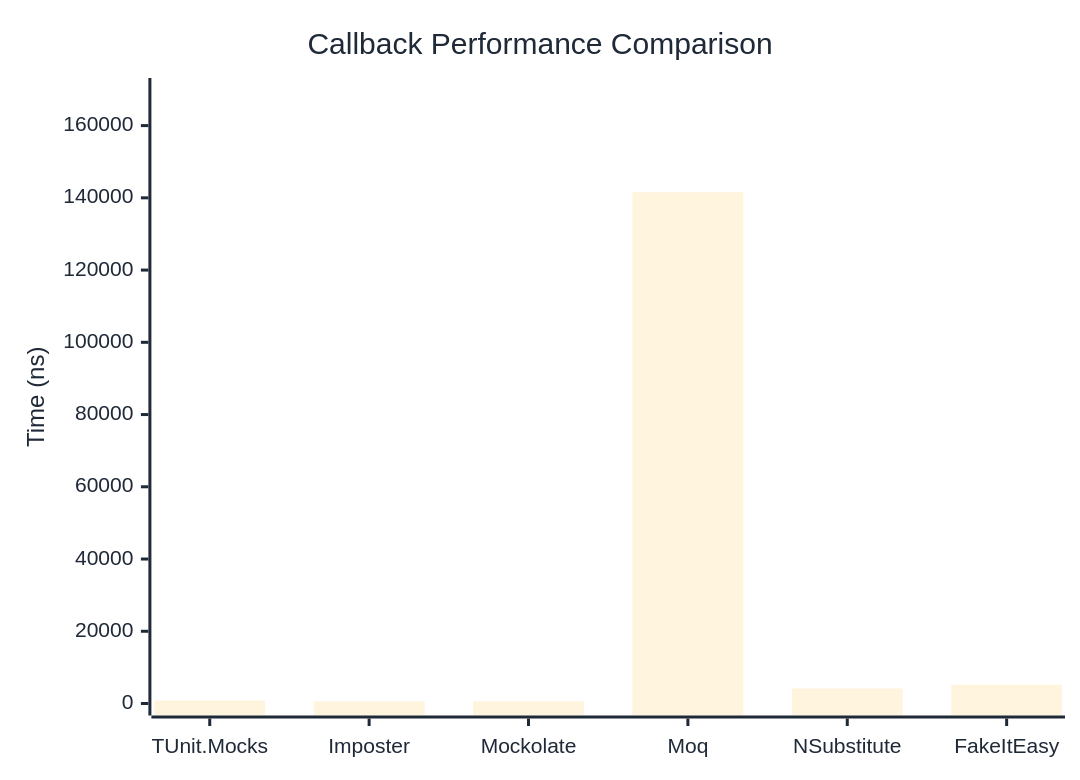
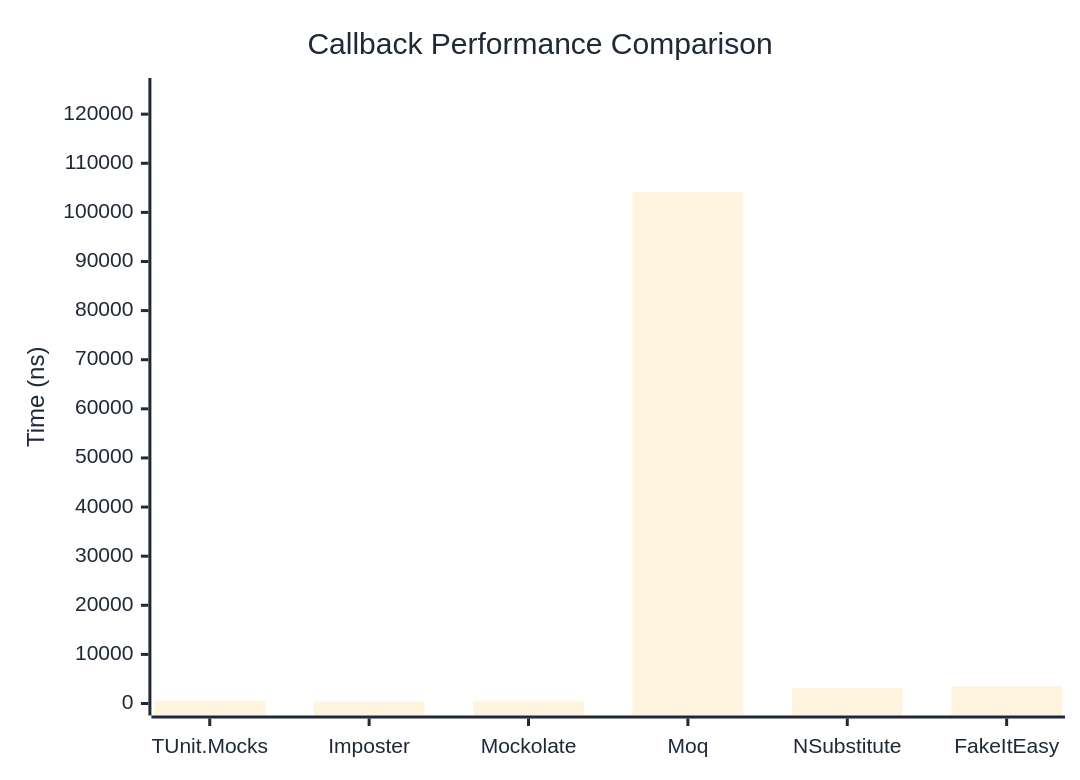
Before and after one commit to thomhurst/TUnit: the first of 2 diagrams in docs/docs/benchmarks/mocks/Callback.md, drawn with Mermaid. The commit also changed other lines of this file and 14 other files, not shown here.

````diff
--- a/docs/docs/benchmarks/mocks/Callback.md
+++ b/docs/docs/benchmarks/mocks/Callback.md
@@ -28,27 +28,27 @@
 ```mermaid
 %%{init: {
   'theme':'base',
   'themeVariables': {
     'primaryColor': '#2563eb',
     'primaryTextColor': '#1f2937',
     'primaryBorderColor': '#1e40af',
     'lineColor': '#6b7280',
     'secondaryColor': '#7c3aed',
     'tertiaryColor': '#dc2626',
     'background': '#ffffff',
     'pie1': '#2563eb',
     'pie2': '#7c3aed',
     'pie3': '#dc2626',
     'pie4': '#f59e0b',
     'pie5': '#10b981',
     'pie6': '#06b6d4',
     'pie7': '#ec4899',
     'pie8': '#6366f1'
   }
 }}%%
 xychart-beta
   title "Callback Performance Comparison"
   x-axis ["TUnit.Mocks", "Imposter", "Mockolate", "Moq", "NSubstitute", "FakeItEasy"]
-  y-axis "Time (ns)" 0 --> 169858
-  bar [856.8, 594.4, 636.1, 141548.2, 4178.4, 5212.8]
+  y-axis "Time (ns)" 0 --> 124919
+  bar [526.2, 360, 403.4, 104098.9, 3178.1, 3545.6]
 ```
````
